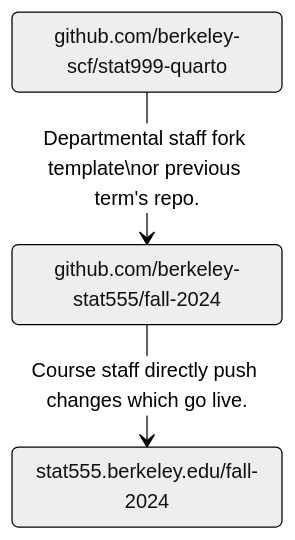
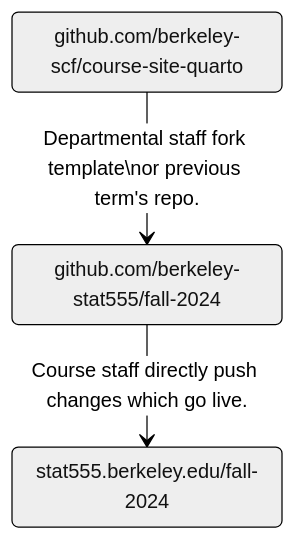
One commit to berkeley-cdss/course-site-quarto changed the first of 2 diagrams in README.md. Above: the diagram before and after it, drawn with Mermaid (neutral theme). The commit also changed other lines of this file and 1 other file, not shown here.

````diff
--- a/README.md
+++ b/README.md
@@ -34,12 +34,12 @@
 ```mermaid
 %% State diagram documentation at
 %% https://mermaid.js.org/syntax/stateDiagram.html
 
 stateDiagram-v2
-    repo_template: github.com/berkeley-scf/stat999-quarto
+    repo_template: github.com/berkeley-scf/course-site-quarto
     repo_dept: github.com/berkeley-stat555/fall-2024
     website_dept: stat555.berkeley.edu/fall-2024
 
     repo_template --> repo_dept: Departmental staff fork template\nor previous term's repo.
     repo_dept --> website_dept: Course staff directly push changes which go live.
 ```
````
